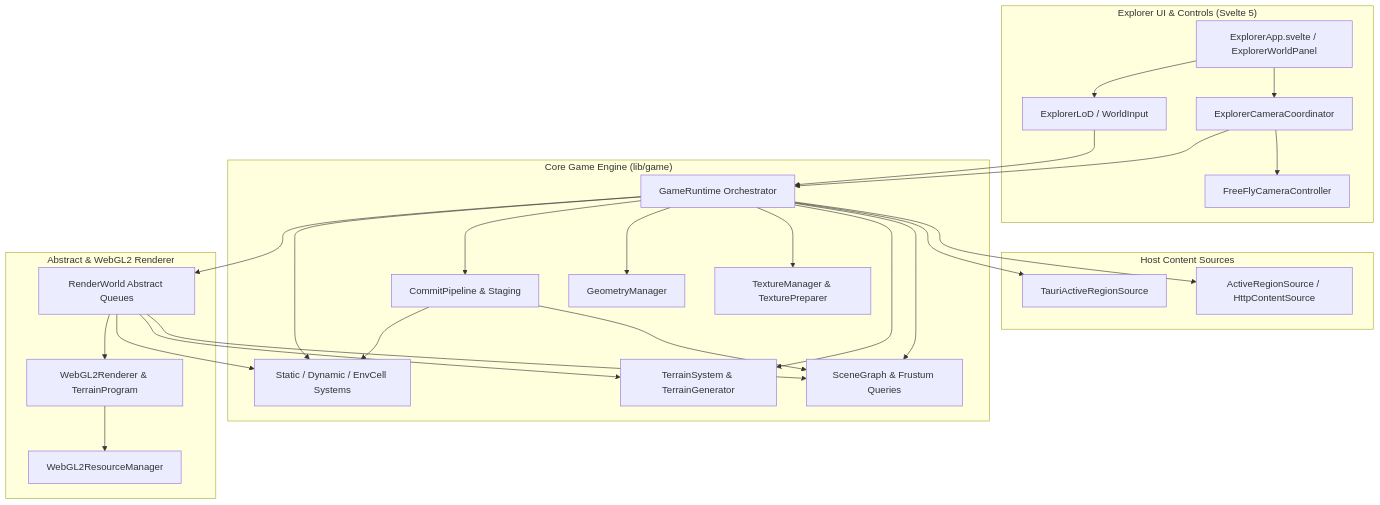
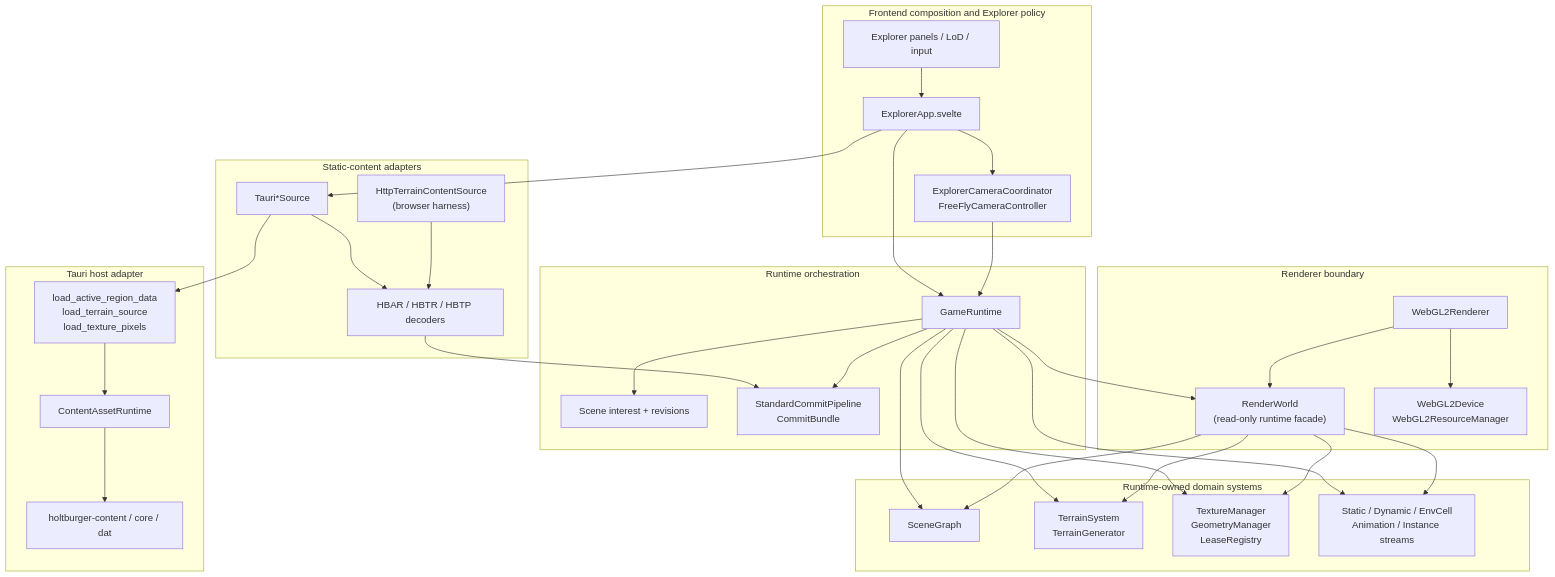
Before and after one commit to merklejerk/holtburger: the first of 3 diagrams in apps/holtburger-3d/ARCHITECTURE_AUDIT.md, drawn with Mermaid. The commit also changed other lines of this file and 13 other files, not shown here.

First line of the commit message:
refactor(3d): separate commit artifacts from runtime systems

````diff
--- a/apps/holtburger-3d/ARCHITECTURE_AUDIT.md
+++ b/apps/holtburger-3d/ARCHITECTURE_AUDIT.md
@@ -21,56 +29,64 @@
 ```mermaid
 flowchart TD
-    subgraph Frontend ["Explorer UI & Controls (Svelte 5)"]
-        UI[ExplorerApp.svelte / ExplorerWorldPanel]
-        CamCoord[ExplorerCameraCoordinator]
-        CamCtrl[FreeFlyCameraController]
-        LoD[ExplorerLoD / WorldInput]
+    subgraph UX["Frontend composition and Explorer policy"]
+        Explorer["ExplorerApp.svelte"]
+        Tools["Explorer panels / LoD / input"]
+        Camera["ExplorerCameraCoordinator<br/>FreeFlyCameraController"]
     end
 
-    subgraph HostAdapter ["Host Content Sources"]
-        Source[ActiveRegionSource / HttpContentSource]
-        TauriSource[TauriActiveRegionSource]
+    subgraph Adapters["Static-content adapters"]
+        TauriSources["Tauri*Source"]
+        HttpSource["HttpTerrainContentSource<br/>(browser harness)"]
+        Decoders["HBAR / HBTR / HBTP decoders"]
     end
 
-    subgraph RuntimeEngine ["Core Game Engine (lib/game)"]
-        Runtime[GameRuntime Orchestrator]
-        Scene[SceneGraph & Frustum Queries]
-        Terrain[TerrainSystem & TerrainGenerator]
-        Textures[TextureManager & TexturePreparer]
-        Geometry[GeometryManager]
-        Commit[CommitPipeline & Staging]
-        Systems[Static / Dynamic / EnvCell Systems]
+    subgraph Runtime["Runtime orchestration"]
+        GameRuntime["GameRuntime"]
+        Interest["Scene interest + revisions"]
+        Commit["StandardCommitPipeline<br/>CommitBundle"]
     end
 
-    subgraph RendererLayer ["Abstract & WebGL2 Renderer"]
-        RenderWorld[RenderWorld Abstract Queues]
-        GLRenderer[WebGL2Renderer & TerrainProgram]
-        GLResMgr[WebGL2ResourceManager]
+    subgraph Domain["Runtime-owned domain systems"]
+        Scene["SceneGraph"]
+        Terrain["TerrainSystem<br/>TerrainGenerator"]
+        Resources["TextureManager<br/>GeometryManager<br/>LeaseRegistry"]
+        Systems["Static / Dynamic / EnvCell<br/>Animation / Instance streams"]
     end
 
-    UI --> CamCoord
-    UI --> LoD
-    CamCoord --> CamCtrl
-    CamCoord --> Runtime
-    LoD --> Runtime
+    subgraph Render["Renderer boundary"]
+        RenderWorld["RenderWorld<br/>(read-only runtime facade)"]
+        Renderer["WebGL2Renderer"]
+        Device["WebGL2Device<br/>WebGL2ResourceManager"]
+    end
 
-    Runtime --> Source
-    Runtime --> TauriSource
-    Runtime --> Scene
-    Runtime --> Terrain
-    Runtime --> Textures
-    Runtime --> Geometry
-    Runtime --> Commit
-    Runtime --> Systems
+    subgraph Host["Tauri host adapter"]
+        Commands["load_active_region_data<br/>load_terrain_source<br/>load_texture_pixels"]
+        ContentRuntime["ContentAssetRuntime"]
+        SharedCrates["holtburger-content / core / dat"]
+    end
 
-    Commit --> Scene
-    Commit --> Systems
-
-    Runtime --> RenderWorld
+    Tools --> Explorer
+    Explorer --> Camera
+    Explorer --> TauriSources
+    Explorer --> GameRuntime
+    Camera --> GameRuntime
+    TauriSources --> Decoders
+    HttpSource --> Decoders
+    Decoders --> Commit
+    GameRuntime --> Interest
+    GameRuntime --> Commit
+    GameRuntime --> Scene
+    GameRuntime --> Terrain
+    GameRuntime --> Resources
+    GameRuntime --> Systems
+    GameRuntime --> RenderWorld
     RenderWorld --> Scene
     RenderWorld --> Terrain
+    RenderWorld --> Resources
     RenderWorld --> Systems
-
-    RenderWorld --> GLRenderer
-    GLRenderer --> GLResMgr
+    Renderer --> RenderWorld
+    Renderer --> Device
+    TauriSources --> Commands
+    Commands --> ContentRuntime
+    ContentRuntime --> SharedCrates
 ```
````
